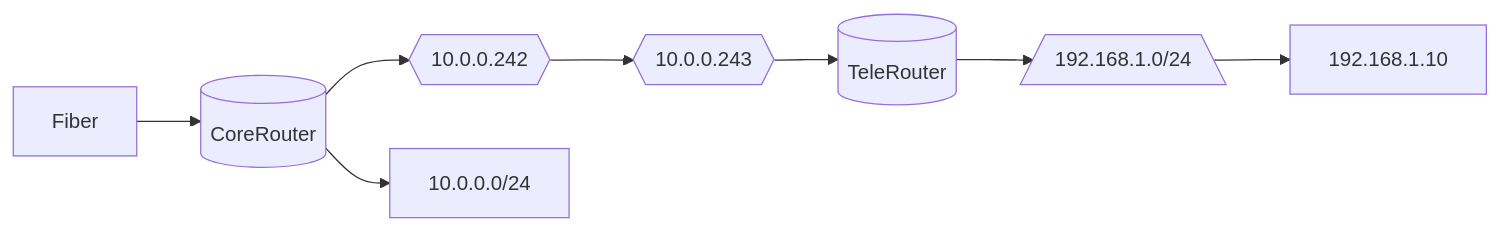
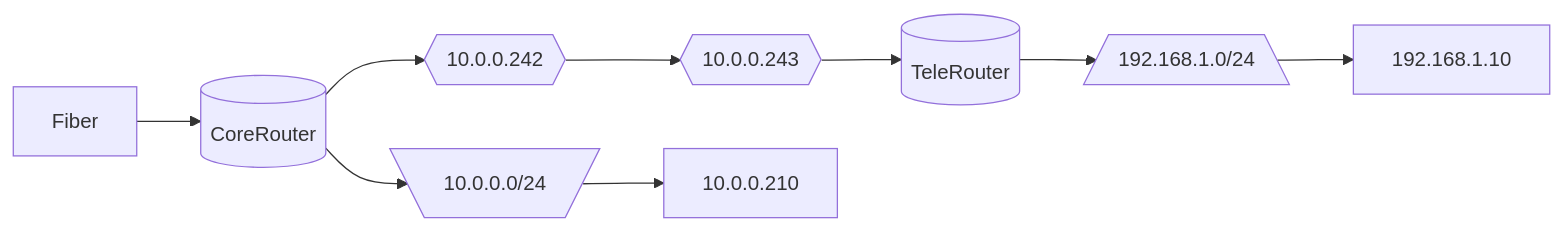
The second of 2 diagrams in Topology.md (notkasim/DOCS), drawn with Mermaid before and after one commit.

````diff
--- a/Topology.md
+++ b/Topology.md
@@ -19,21 +19,22 @@
 ```mermaid
 graph LR;
     core[(CoreRouter)]
     tele2[(TeleRouter)]
     core_link{{10.0.0.242}}
     tele2_link{{10.0.0.243}}
+    core_net[\10.0.0.0/24/]
     tele2_net[/192.168.1.0/24\]
 
     Fiber-->core;
-    core-->10.0.0.0/24;
+    core-->core_net-->10.0.0.210;
     core-->core_link;
     core_link-->tele2_link;
     tele2_link-->tele2;
     tele2-->tele2_net-->192.168.1.10;
 
 
 
 
 
 
 ```
````
